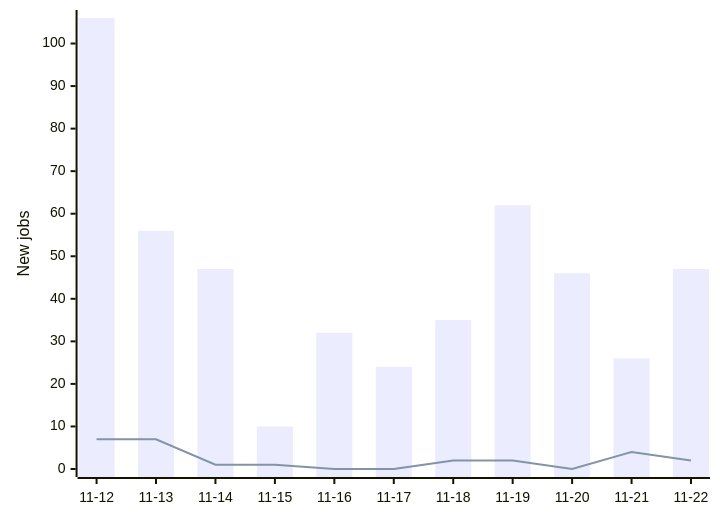
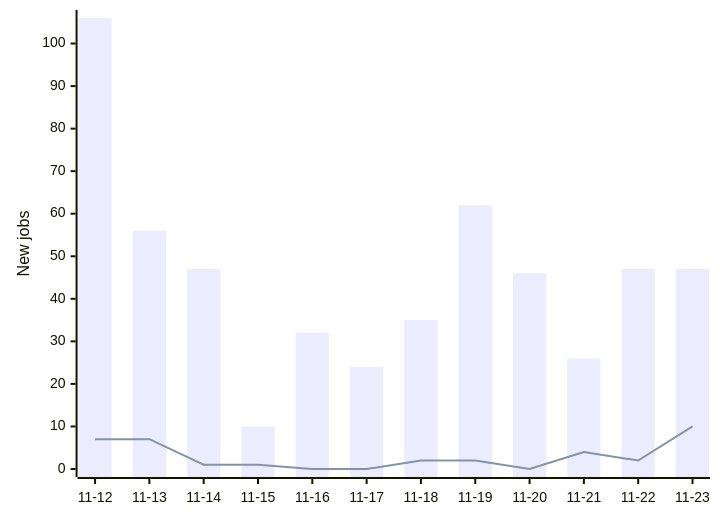
One commit to Mwangimark/frontend-job-tracker changed the diagram in README.md. Above: the diagram before and after it, drawn with Mermaid. The commit also changed other lines of this file and 2 other files, not shown here.

````diff
--- a/README.md
+++ b/README.md
@@ -16,7 +16,7 @@
 ```mermaid
 xychart-beta
-    x-axis ["11-12", "11-13", "11-14", "11-15", "11-16", "11-17", "11-18", "11-19", "11-20", "11-21", "11-22"]
+    x-axis ["11-12", "11-13", "11-14", "11-15", "11-16", "11-17", "11-18", "11-19", "11-20", "11-21", "11-22", "11-23"]
     y-axis "New jobs" 0 --> 106
-    bar [106, 56, 47, 10, 32, 24, 35, 62, 46, 26, 47]
-    line [7, 7, 1, 1, 0, 0, 2, 2, 0, 4, 2]
+    bar [106, 56, 47, 10, 32, 24, 35, 62, 46, 26, 47, 47]
+    line [7, 7, 1, 1, 0, 0, 2, 2, 0, 4, 2, 10]
 ```
````
